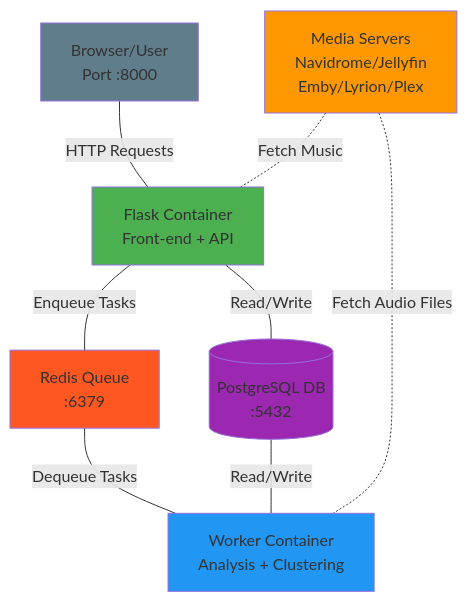
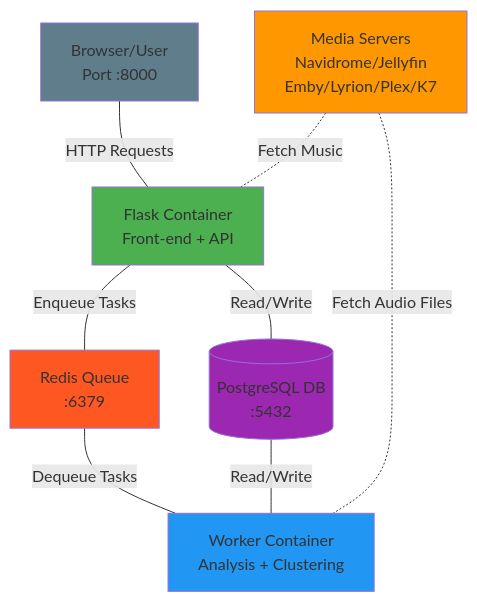
One commit to NeptuneHub/AudioMuse-AI changed the diagram in docs/ARCHITECTURE.md. Above: the diagram before and after it, drawn with Mermaid. The commit also changed other lines of this file and 18 other files, not shown here.

Commit message:
feat(media-servers): add K7 as a media-server provider

````diff
--- a/docs/ARCHITECTURE.md
+++ b/docs/ARCHITECTURE.md
@@ -11,20 +11,20 @@
 ```mermaid
 graph TB
     User[Browser/User<br/>Port :8000] ---|HTTP Requests| Flask[Flask Container<br/>Front-end + API]
     
     Flask ---|Enqueue Tasks| Redis[Redis Queue<br/>:6379]
     Flask ---|Read/Write| PostgreSQL[(PostgreSQL DB<br/>:5432)]
     
     Redis ---|Dequeue Tasks| Worker[Worker Container<br/>Analysis + Clustering]
     PostgreSQL ---|Read/Write| Worker
     
-    MediaServer[Media Servers<br/>Navidrome/Jellyfin<br/>Emby/Lyrion/Plex] -.-|Fetch Music| Flask
+    MediaServer[Media Servers<br/>Navidrome/Jellyfin<br/>Emby/Lyrion/Plex/K7] -.-|Fetch Music| Flask
     MediaServer -.-|Fetch Audio Files| Worker
     
     style User fill:#607D8B
     style Flask fill:#4CAF50
     style Redis fill:#FF5722
     style PostgreSQL fill:#9C27B0
     style Worker fill:#2196F3
     style MediaServer fill:#FF9800
 ```
````
